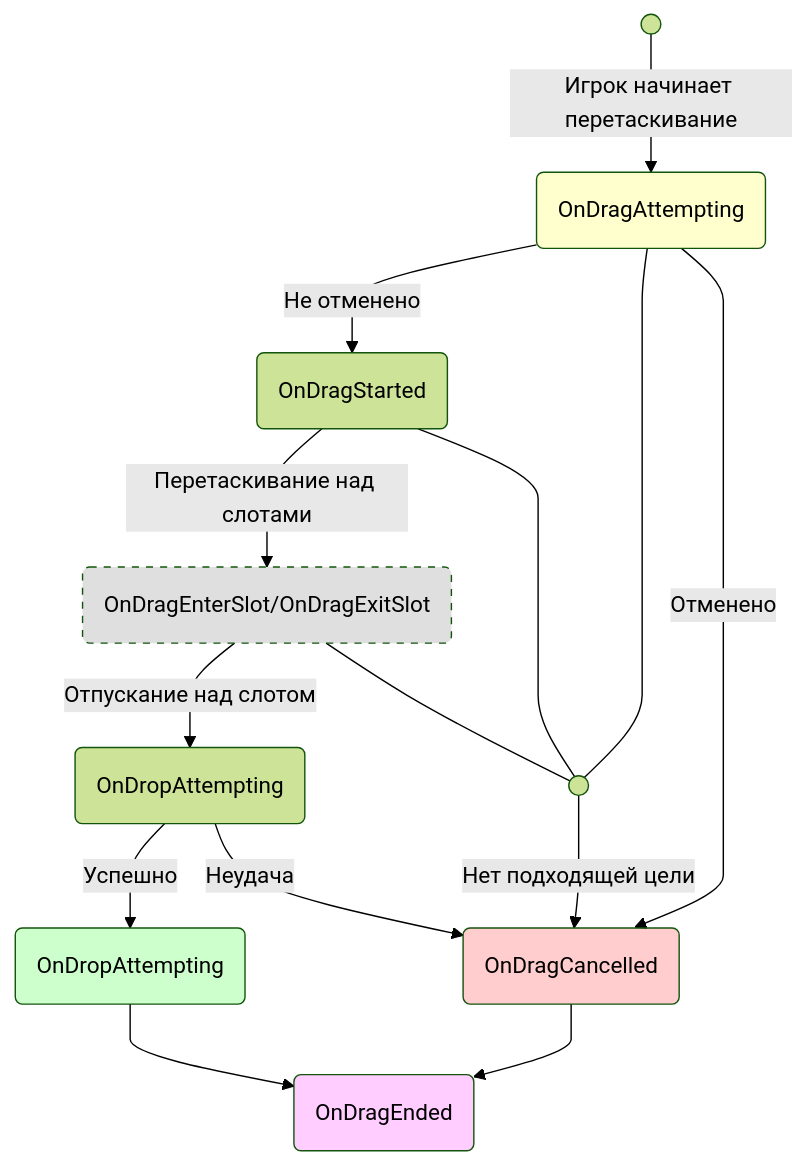
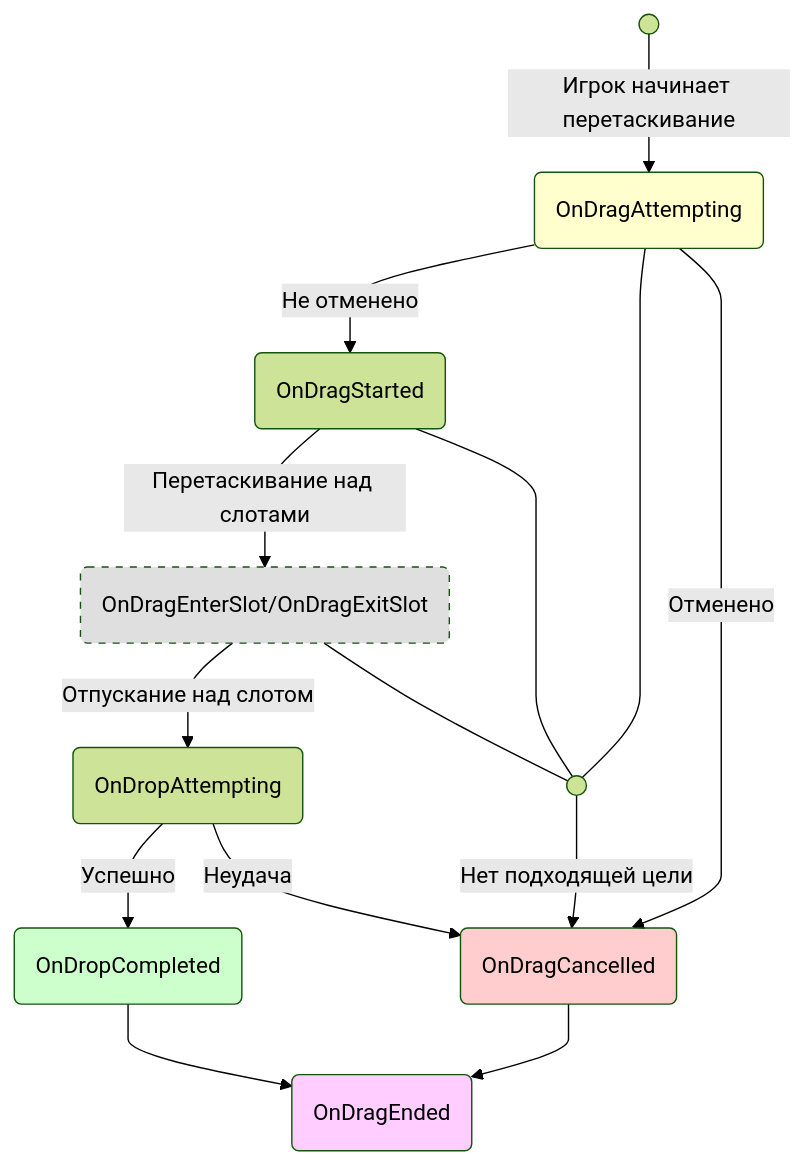
One commit to SergeevSergey99/DragAndDropSystem-Docs changed the first of 2 diagrams in .docs/content/reference/events.md. Above: the diagram before and after it, drawn with Mermaid (forest theme). The commit also changed other lines of this file and 18 other files, not shown here.

````diff
--- a/.docs/content/reference/events.md
+++ b/.docs/content/reference/events.md
@@ -9,37 +9,37 @@
 ```mermaid
 ---
 config:
   flowchart:
     curve: monotoneY 
 ---
 flowchart TD
     StartPoint@{ shape: sm-circ, label: "Start" }
     NoTargetPoint@{ shape: sm-circ, label: "Start" }
     OnDragAttempting@{ shape: rounded, label: "OnDragAttempting" }
     style OnDragAttempting fill:#FF44
     OnDragStarted@{ shape: rounded, label: "OnDragStarted" }
     OnDragCancelled@{ shape: rounded, label: "OnDragCancelled" }
     style OnDragCancelled fill:#f444
     DragOver@{ shape: rounded, label: "OnDragEnterSlot/OnDragExitSlot" }
     style DragOver fill:#8884, stroke-dasharray: 5 5
     OnDropAttempting@{ shape: rounded, label: "OnDropAttempting" }
-    OnDropCompleted@{ shape: rounded, label: "OnDropAttempting" }
+    OnDropCompleted@{ shape: rounded, label: "OnDropCompleted" }
     style OnDropCompleted fill:#4F44
     OnDragEnded@{ shape: rounded, label: "OnDragEnded" }
     style OnDragEnded fill:#f4f4
 
     StartPoint --> |Игрок начинает перетаскивание|OnDragAttempting
     OnDragAttempting --> |Не отменено| OnDragStarted
     NoTargetPoint --> |Нет подходящей цели| OnDragCancelled
     OnDragStarted --> |Перетаскивание над слотами| DragOver
     DragOver --> |Отпускание над слотом| OnDropAttempting
     OnDragAttempting --- NoTargetPoint
     OnDragStarted --- NoTargetPoint
     DragOver --- NoTargetPoint
     OnDragAttempting --> |Отменено| OnDragCancelled
     OnDropAttempting --> |Успешно| OnDropCompleted
     OnDropAttempting --> |Неудача| OnDragCancelled
     OnDropCompleted --> OnDragEnded
     OnDragCancelled --> OnDragEnded
     
 ```
````
